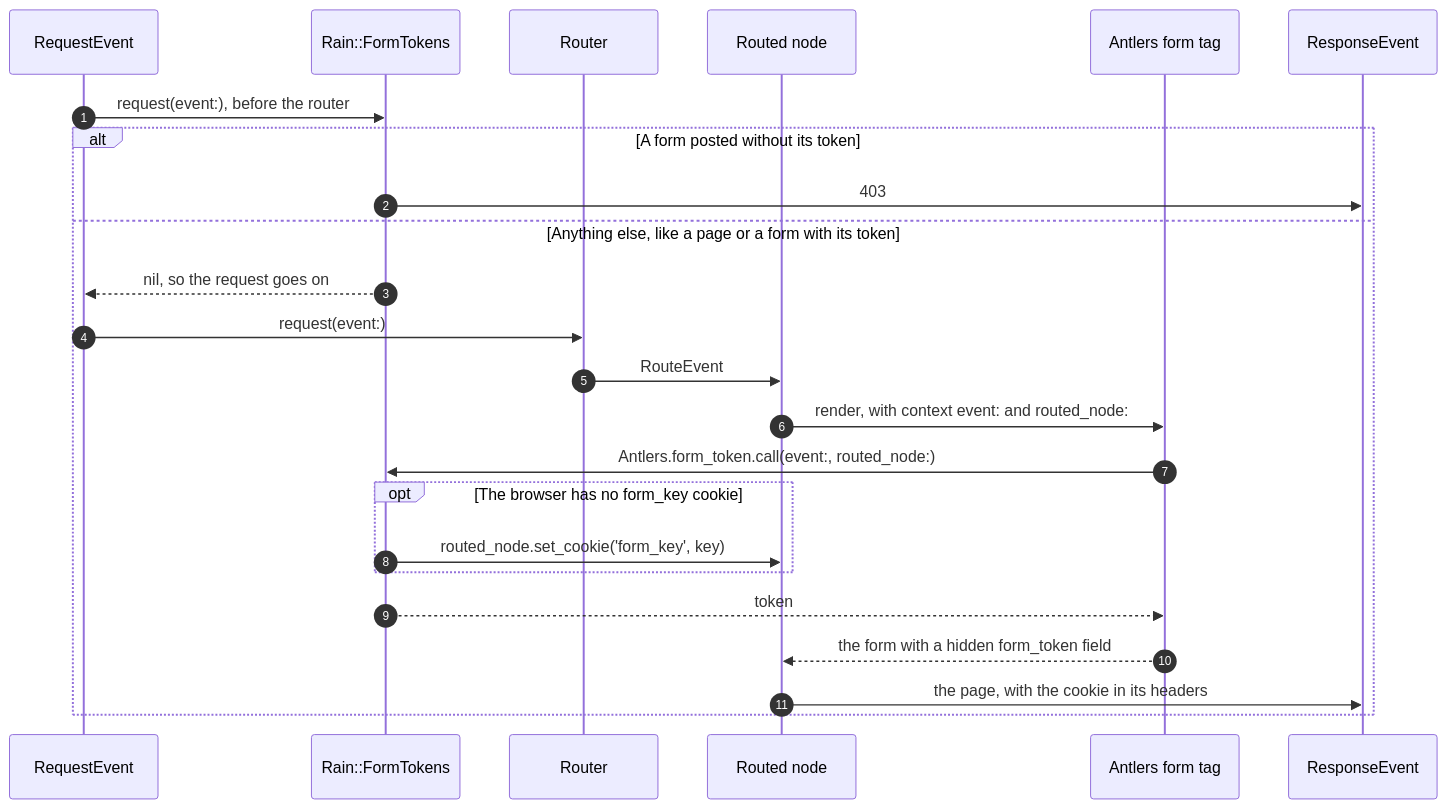
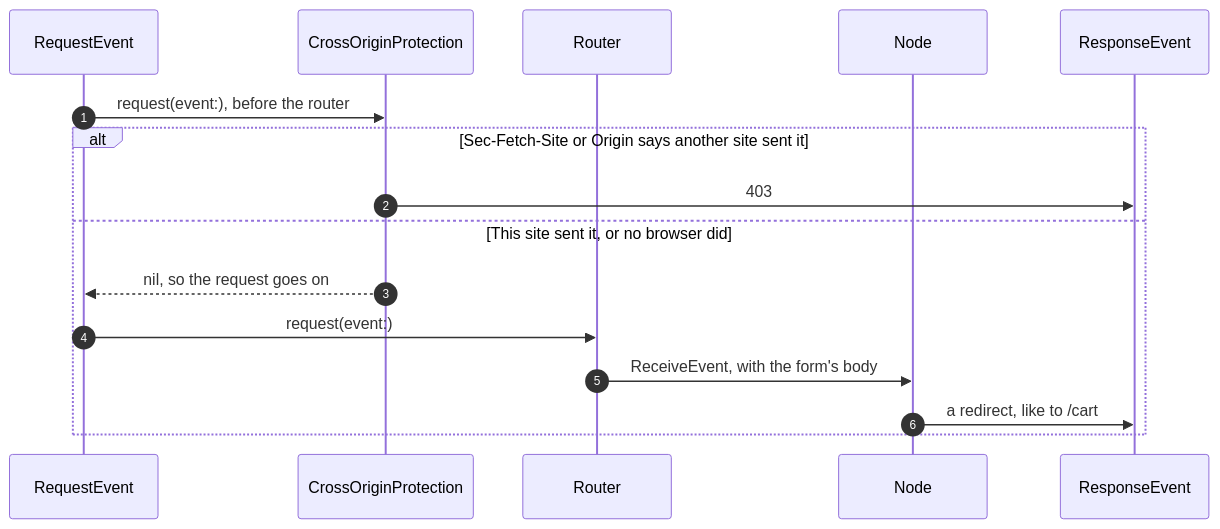
The diagram in app/pages/_home/_case-study.md (rainpour/raindeer-dev), drawn with Mermaid before and after one commit. The commit also changed other lines of this file and 2 other files, not shown here.

Commit message:
Document cross-origin protection, and repurpose the case study around it

````diff
--- a/app/pages/_home/_case-study.md
+++ b/app/pages/_home/_case-study.md
@@ -16,27 +16,19 @@
 ```mermaid
 sequenceDiagram
   autonumber
   participant RequestEvent
-  participant FormTokens as Rain::FormTokens
+  participant Protection as CrossOriginProtection
   participant Router
-  participant Node as Routed node
-  participant Form as Antlers form tag
+  participant Node
   participant ResponseEvent
 
-  RequestEvent->>FormTokens: request(event:), before the router
-  alt A form posted without its token
-    FormTokens->>ResponseEvent: 403
-  else Anything else, like a page or a form with its token
-    FormTokens-->>RequestEvent: nil, so the request goes on
+  RequestEvent->>Protection: request(event:), before the router
+  alt Sec-Fetch-Site or Origin says another site sent it
+    Protection->>ResponseEvent: 403
+  else This site sent it, or no browser did
+    Protection-->>RequestEvent: nil, so the request goes on
     RequestEvent->>Router: request(event:)
-    Router->>Node: RouteEvent
-    Node->>Form: render, with context event: and routed_node:
-    Form->>FormTokens: Antlers.form_token.call(event:, routed_node:)
-    opt The browser has no form_key cookie
-      FormTokens->>Node: routed_node.set_cookie('form_key', key)
-    end
-    FormTokens-->>Form: token
-    Form-->>Node: the form with a hidden form_token field
-    Node->>ResponseEvent: the page, with the cookie in its headers
+    Router->>Node: ReceiveEvent, with the form's body
+    Node->>ResponseEvent: a redirect, like to /cart
   end
 ```
````
